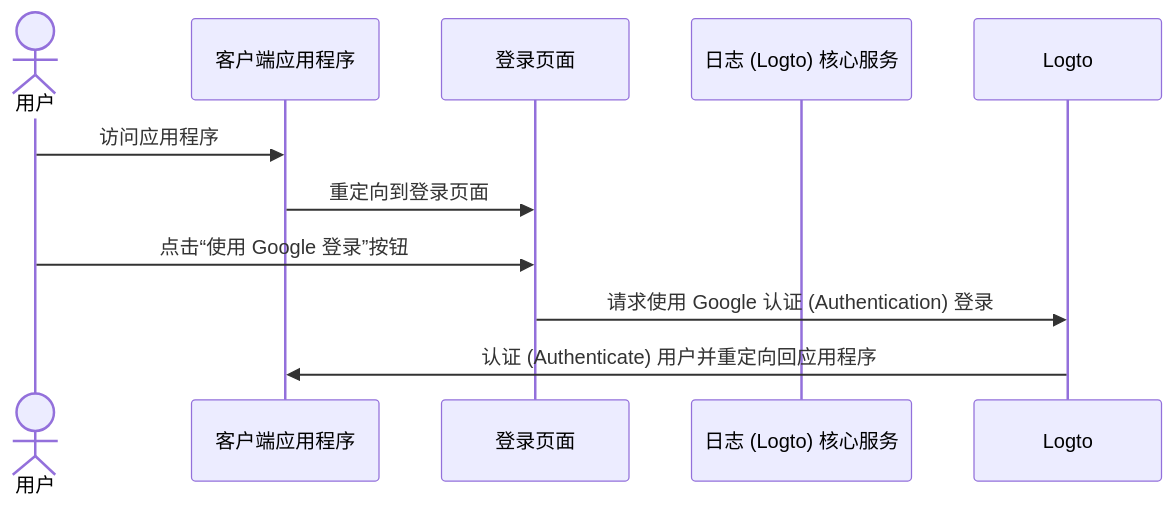
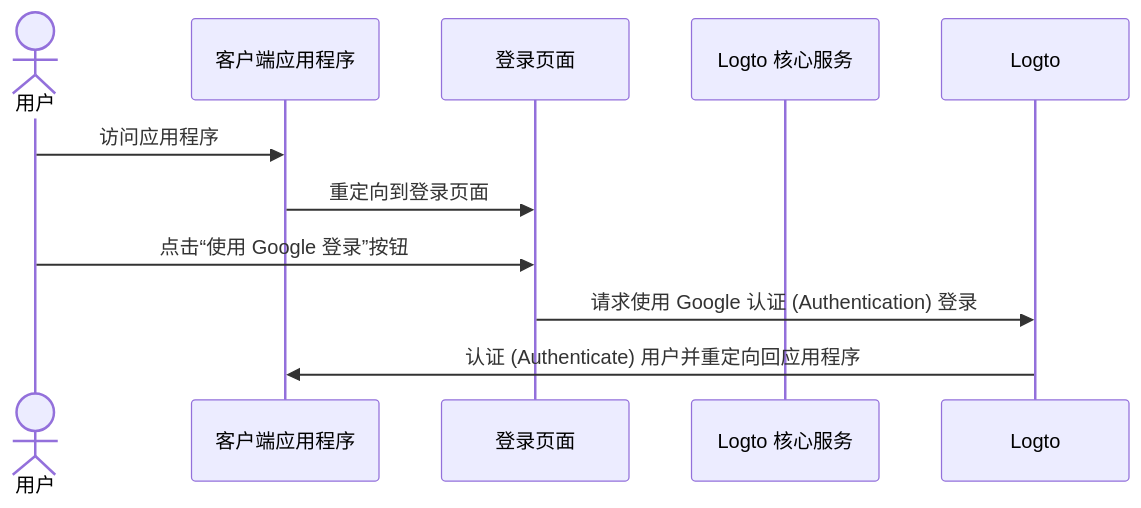
One commit to logto-io/docs changed the second of 5 diagrams in i18n/zh-CN/docusaurus-plugin-content-docs/current/end-user-flows/sign-up-and-sign-in/social-sign-in.mdx. Above: the diagram before and after it, drawn with Mermaid. The commit also changed other lines of this file and 77 other files, not shown here.

````diff
--- a/i18n/zh-CN/docusaurus-plugin-content-docs/current/end-user-flows/sign-up-and-sign-in/social-sign-in.mdx
+++ b/i18n/zh-CN/docusaurus-plugin-content-docs/current/end-user-flows/sign-up-and-sign-in/social-sign-in.mdx
@@ -71,13 +71,13 @@
 ```mermaid
 sequenceDiagram
 actor user as 用户
     participant app as 客户端应用程序
     participant experience as 登录页面
-    participant logto as 日志 (Logto) 核心服务
+    participant logto as  Logto 核心服务
 
     user->>app: 访问应用程序
     app->>experience: 重定向到登录页面
     user->>experience: 点击“使用 Google 登录”按钮
     experience->>Logto: 请求使用 Google 认证 (Authentication) 登录
     Logto->>app: 认证 (Authenticate) 用户并重定向回应用程序
 ```
````
